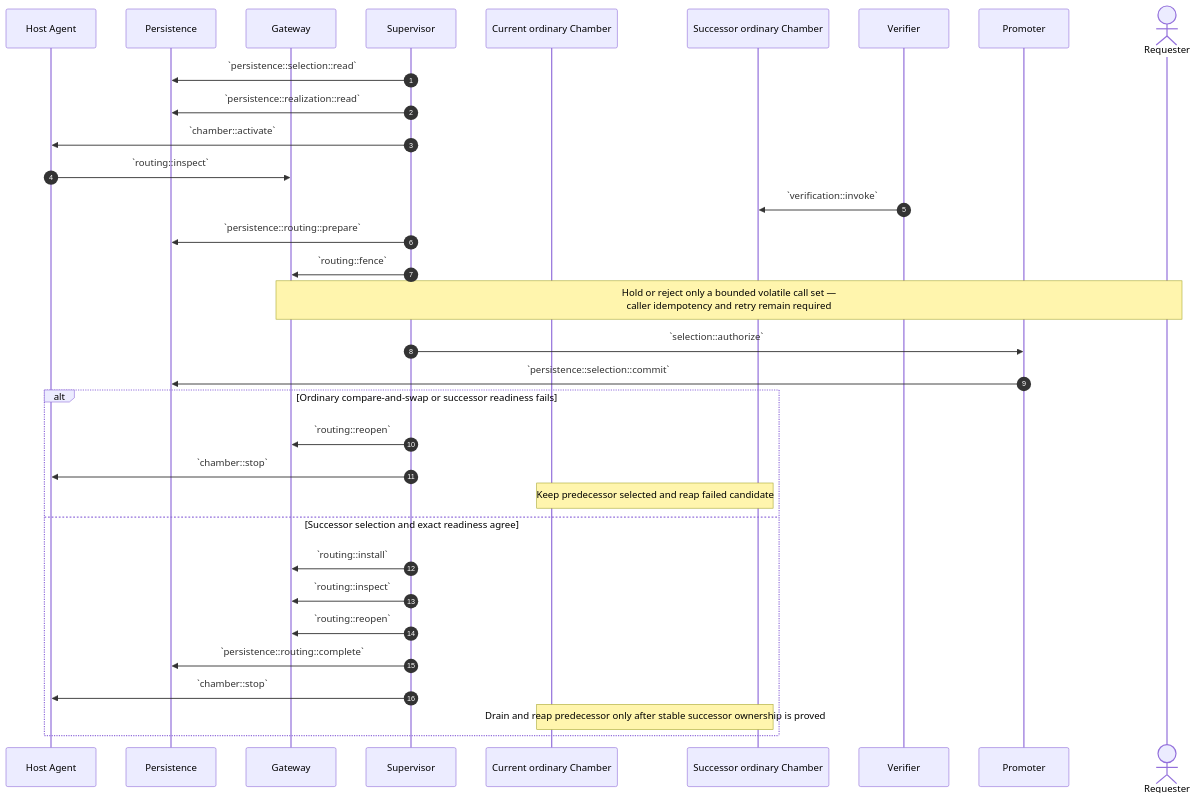
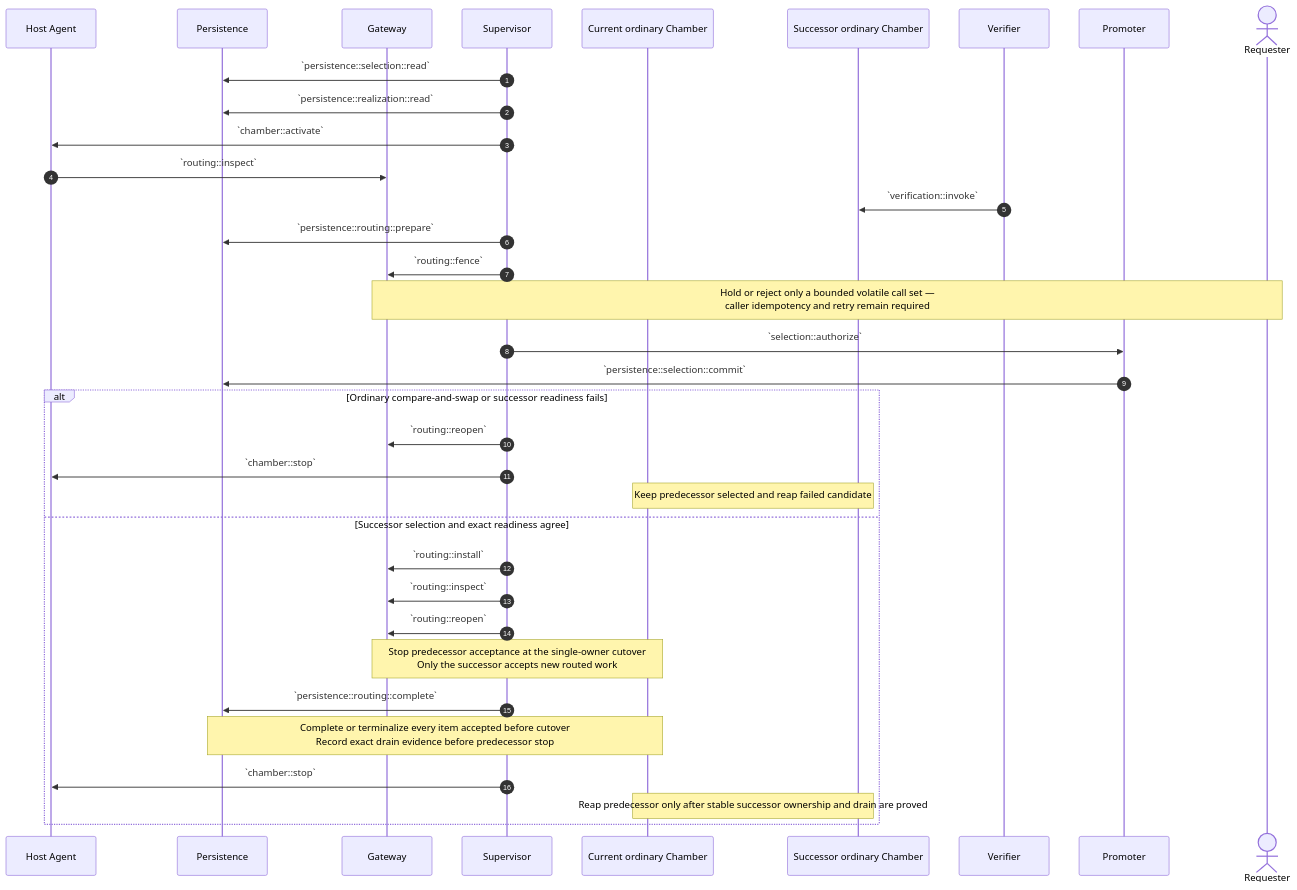
Diagram 15 of 18 in source/chambers-lifecycle-sequences.md (dreamcatcher-tech/chambers-lifecycle-explorer), drawn with Mermaid before and after one commit. The commit also changed other lines of this file and 13 other files, not shown here.

````diff
--- a/source/chambers-lifecycle-sequences.md
+++ b/source/chambers-lifecycle-sequences.md
@@ -1154,36 +1176,38 @@
 ```mermaid
 sequenceDiagram
     autonumber
     participant HostAgent as Host Agent
     participant Persistence
     participant Gateway
     participant Supervisor
     participant Current as Current ordinary Chamber
     participant Successor as Successor ordinary Chamber
     participant Verifier
     participant Promoter
     actor Requester
 
     Supervisor->>Persistence: `persistence::selection::read`
     Supervisor->>Persistence: `persistence::realization::read`
     Supervisor->>HostAgent: `chamber::activate`
     HostAgent->>Gateway: `routing::inspect`
     Verifier->>Successor: `verification::invoke`
     Supervisor->>Persistence: `persistence::routing::prepare`
     Supervisor->>Gateway: `routing::fence`
     Note over Gateway,Requester: Hold or reject only a bounded volatile call set —<br/>caller idempotency and retry remain required
     Supervisor->>Promoter: `selection::authorize`
     Promoter->>Persistence: `persistence::selection::commit`
     alt Ordinary compare-and-swap or successor readiness fails
         Supervisor->>Gateway: `routing::reopen`
         Supervisor->>HostAgent: `chamber::stop`
         Note over Current,Successor: Keep predecessor selected and reap failed candidate
     else Successor selection and exact readiness agree
         Supervisor->>Gateway: `routing::install`
         Supervisor->>Gateway: `routing::inspect`
         Supervisor->>Gateway: `routing::reopen`
+        Note over Current,Gateway: Stop predecessor acceptance at the single-owner cutover<br/>Only the successor accepts new routed work
         Supervisor->>Persistence: `persistence::routing::complete`
+        Note over Current,Persistence: Complete or terminalize every item accepted before cutover<br/>Record exact drain evidence before predecessor stop
         Supervisor->>HostAgent: `chamber::stop`
-        Note over Current,Successor: Drain and reap predecessor only after stable successor ownership is proved
+        Note over Current,Successor: Reap predecessor only after stable successor ownership and drain are proved
     end
 ```
````
